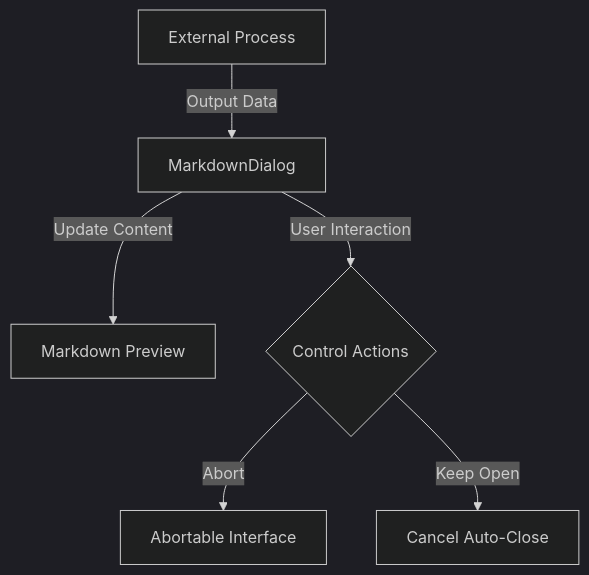
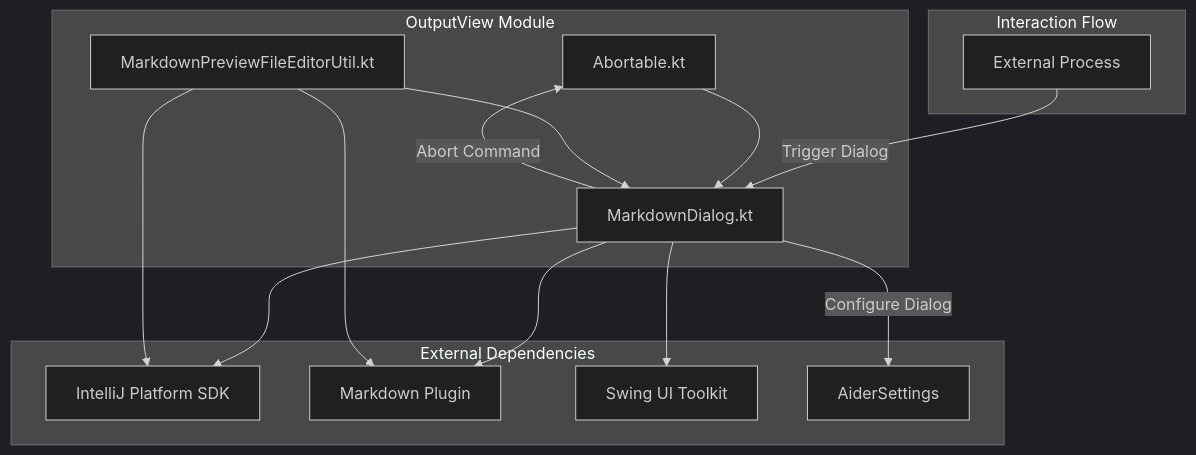
The diagram in src/main/kotlin/de/andrena/codingaider/outputview/outputview.md (p-wegner/coding-aider), drawn with Mermaid (dark theme) before and after one commit. The commit also changed other lines of this file, not shown here.

````diff
--- a/src/main/kotlin/de/andrena/codingaider/outputview/outputview.md
+++ b/src/main/kotlin/de/andrena/codingaider/outputview/outputview.md
@@ -14,8 +14,29 @@
 ```mermaid
 graph TD
-    A[External Process] -->|Output Data| B[MarkdownDialog]
-    B -->|Update Content| C[Markdown Preview]
-    B -->|User Interaction| D{Control Actions}
-    D -->|Abort| E[Abortable Interface]
-    D -->|Keep Open| F[Cancel Auto-Close]
+    subgraph OutputView Module
+        A[Abortable.kt]
+        B[MarkdownDialog.kt]
+        C[MarkdownPreviewFileEditorUtil.kt]
+    end
+    
+    subgraph External Dependencies
+        D[IntelliJ Platform SDK]
+        E[Markdown Plugin]
+        F[Swing UI Toolkit]
+        G[AiderSettings]
+    end
+    
+    subgraph Interaction Flow
+        H[External Process] -->|Trigger Dialog| B
+        B -->|Abort Command| A
+        B -->|Configure Dialog| G
+    end
+    
+    B --> D
+    B --> E
+    B --> F
+    A --> B
+    C --> B
+    C --> D
+    C --> E
 ```
````
